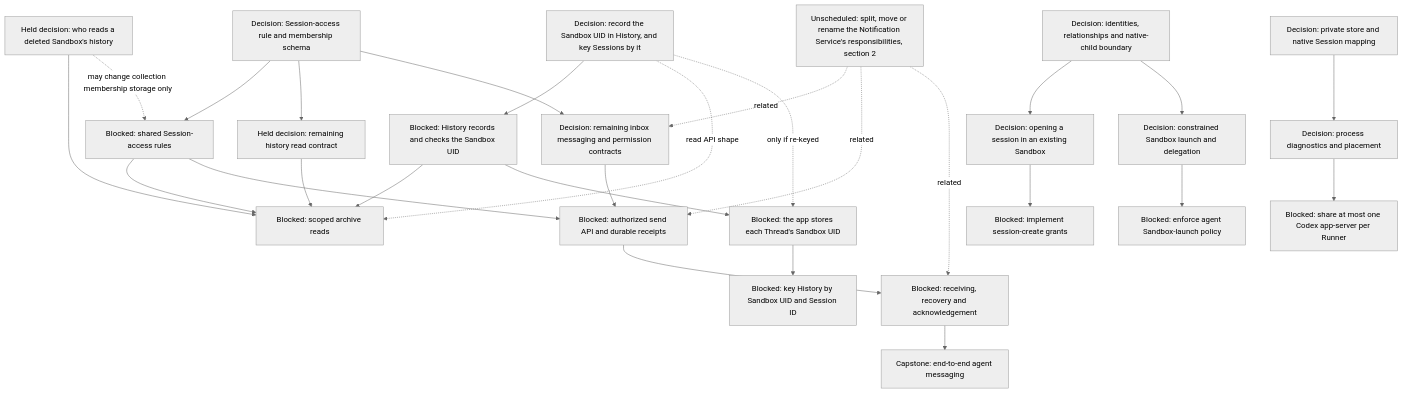
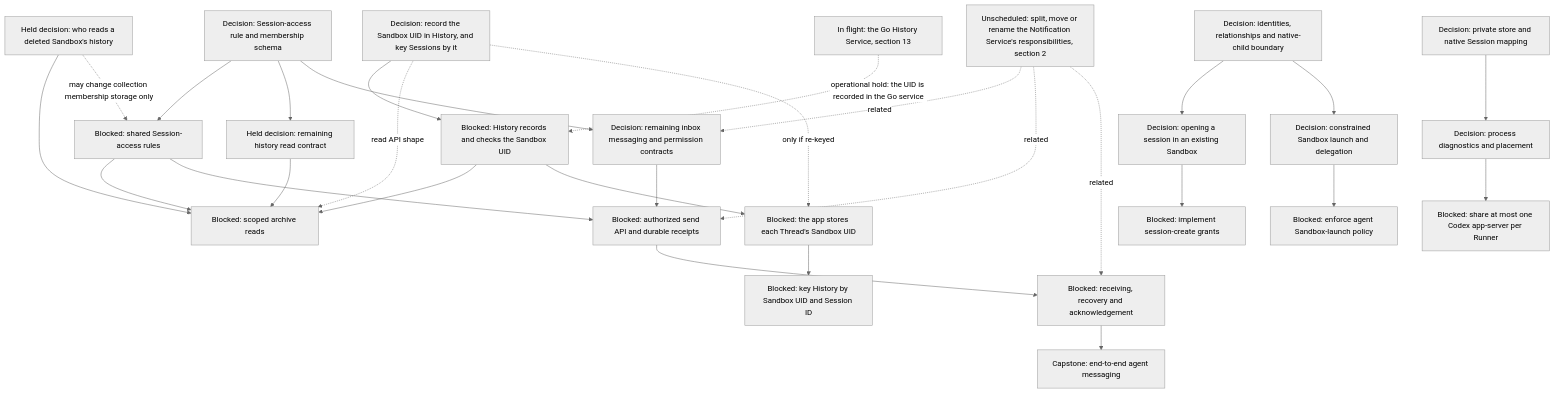
Before and after one commit to agentydragon-agent/ducktape: the fifth of 17 diagrams in agentplane/plans/task_dag.md, drawn with Mermaid (neutral theme). The commit also changed other lines of this file, not shown here.

````diff
--- a/agentplane/plans/task_dag.md
+++ b/agentplane/plans/task_dag.md
@@ -250,49 +250,50 @@
 ```mermaid
 flowchart TD
     MULTIAGENT_MODEL[Decision: identities, relationships and native-child boundary]
     SESSION_ACCESS_RULES_DESIGN[Decision: Session-access rule and membership schema]
     SESSION_ACCESS_RULES[Blocked: shared Session-access rules]
     THREAD_READ_POLICY_DESIGN[Held decision: remaining history read contract]
     HISTORY_ACCESS_AFTER_DELETION[Held decision: who reads a deleted Sandbox's history]
     THREAD_READ_POLICY[Blocked: scoped archive reads]
     HISTORY_SESSION_KEY_DESIGN[Decision: record the Sandbox UID in History, and key Sessions by it]
     HISTORY_SANDBOX_UID[Blocked: History records and checks the Sandbox UID]
     APP_THREAD_SANDBOX_UID[Blocked: the app stores each Thread's Sandbox UID]
     HISTORY_SESSION_REKEY[Blocked: key History by Sandbox UID and Session ID]
     AGENT_MESSAGING_DESIGN[Decision: remaining inbox messaging and permission contracts]
     AGENT_MESSAGE_INGRESS[Blocked: authorized send API and durable receipts]
     AGENT_MESSAGE_RECEPTION[Blocked: receiving, recovery and acknowledgement]
     AGENT_MESSAGING[Capstone: end-to-end agent messaging]
     THREAD_CREATE_POLICY[Decision: opening a session in an existing Sandbox]
     THREAD_CREATE_AUTHORIZATION[Blocked: implement session-create grants]
     AGENT_LAUNCH_POLICY_DESIGN[Decision: constrained Sandbox launch and delegation]
     AGENT_SANDBOX_LAUNCH[Blocked: enforce agent Sandbox-launch policy]
     MULTIAGENT_MODEL --> THREAD_CREATE_POLICY
     MULTIAGENT_MODEL --> AGENT_LAUNCH_POLICY_DESIGN
     SESSION_ACCESS_RULES_DESIGN --> SESSION_ACCESS_RULES
     SESSION_ACCESS_RULES_DESIGN --> THREAD_READ_POLICY_DESIGN
     SESSION_ACCESS_RULES_DESIGN --> AGENT_MESSAGING_DESIGN
     THREAD_READ_POLICY_DESIGN --> THREAD_READ_POLICY
     HISTORY_ACCESS_AFTER_DELETION --> THREAD_READ_POLICY
     HISTORY_ACCESS_AFTER_DELETION -. may change collection membership storage only .-> SESSION_ACCESS_RULES
     SESSION_ACCESS_RULES --> THREAD_READ_POLICY
     HISTORY_SESSION_KEY_DESIGN --> HISTORY_SANDBOX_UID
+    HISTORY_GO_SERVICE[In flight: the Go History Service, section 13] -. operational hold: the UID is recorded in the Go service .-> HISTORY_SANDBOX_UID
     HISTORY_SESSION_KEY_DESIGN -. read API shape .-> THREAD_READ_POLICY
     HISTORY_SESSION_KEY_DESIGN -. only if re-keyed .-> APP_THREAD_SANDBOX_UID
     HISTORY_SANDBOX_UID --> THREAD_READ_POLICY
     HISTORY_SANDBOX_UID --> APP_THREAD_SANDBOX_UID
     APP_THREAD_SANDBOX_UID --> HISTORY_SESSION_REKEY
     SESSION_ACCESS_RULES --> AGENT_MESSAGE_INGRESS
     AGENT_MESSAGING_DESIGN --> AGENT_MESSAGE_INGRESS
     AGENT_MESSAGE_INGRESS --> AGENT_MESSAGE_RECEPTION
     NOTIFICATION_SERVICE_SPLIT[Unscheduled: split, move or rename the Notification Service's responsibilities, section 2] -. related .-> AGENT_MESSAGING_DESIGN
     NOTIFICATION_SERVICE_SPLIT -. related .-> AGENT_MESSAGE_INGRESS
     NOTIFICATION_SERVICE_SPLIT -. related .-> AGENT_MESSAGE_RECEPTION
     AGENT_MESSAGE_RECEPTION --> AGENT_MESSAGING
     THREAD_CREATE_POLICY --> THREAD_CREATE_AUTHORIZATION
     AGENT_LAUNCH_POLICY_DESIGN --> AGENT_SANDBOX_LAUNCH
     RUNNER_HARNESS_OBJECTS_DESIGN[Decision: process diagnostics and placement]
     HARNESS_IDENTITY_DESIGN[Decision: private store and native Session mapping]
     HARNESS_IDENTITY_DESIGN --> RUNNER_HARNESS_OBJECTS_DESIGN
     RUNNER_HARNESS_OBJECTS_DESIGN --> RUNNER_CODEX_SHARED_PROCESS[Blocked: share at most one Codex app-server per Runner]
 ```
````
